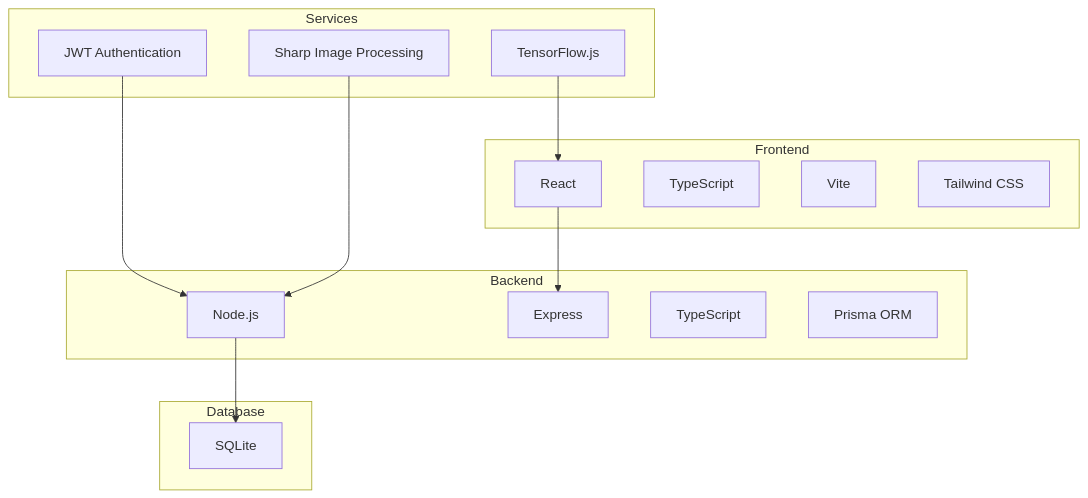
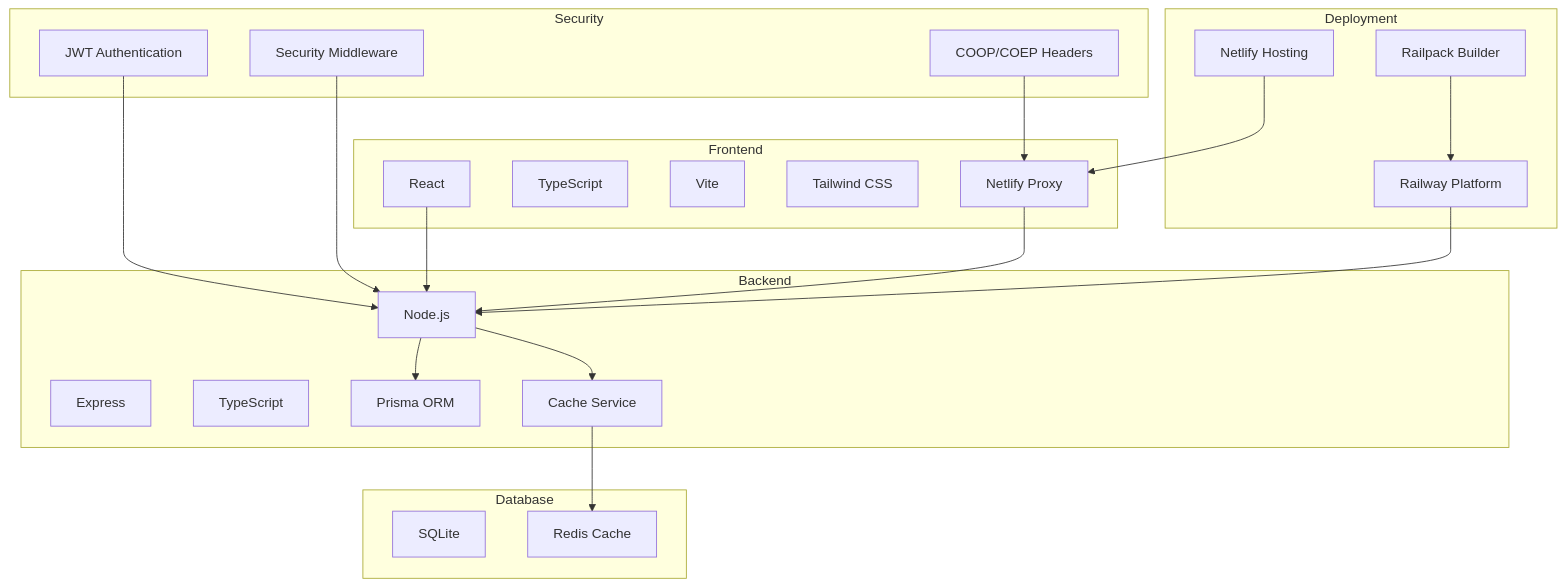
The first of 6 diagrams in .qoder/repowiki/en/content/System Overview.md (Brimstow/ThumPiks), drawn with Mermaid before and after one commit. The commit also changed other lines of this file and 900 other files, not shown here.

````diff
--- a/.qoder/repowiki/en/content/System Overview.md
+++ b/.qoder/repowiki/en/content/System Overview.md
@@ -76,28 +88,42 @@
 ```mermaid
 graph TB
 subgraph "Frontend"
 A[React]
 B[TypeScript]
 C[Vite]
 D[Tailwind CSS]
+E[Netlify Proxy]
 end
 subgraph "Backend"
-E[Node.js]
-F[Express]
-G[TypeScript]
-H[Prisma ORM]
+F[Node.js]
+G[Express]
+H[TypeScript]
+I[Prisma ORM]
+J[Cache Service]
 end
 subgraph "Database"
-I[SQLite]
+K[SQLite]
+L[Redis Cache]
 end
-subgraph "Services"
-J[JWT Authentication]
-K[Sharp Image Processing]
-L[TensorFlow.js]
+subgraph "Security"
+M[JWT Authentication]
+N[Security Middleware]
+O[COOP/COEP Headers]
+end
+subgraph "Deployment"
+P[Railway Platform]
+Q[Netlify Hosting]
+R[Railpack Builder]
 end
 A --> F
-E --> I
-J --> E
-K --> E
-L --> A
+E --> F
+F --> I
+F --> J
+J --> L
+M --> F
+N --> F
+O --> E
+P --> F
+Q --> E
+R --> P
 ```
````
